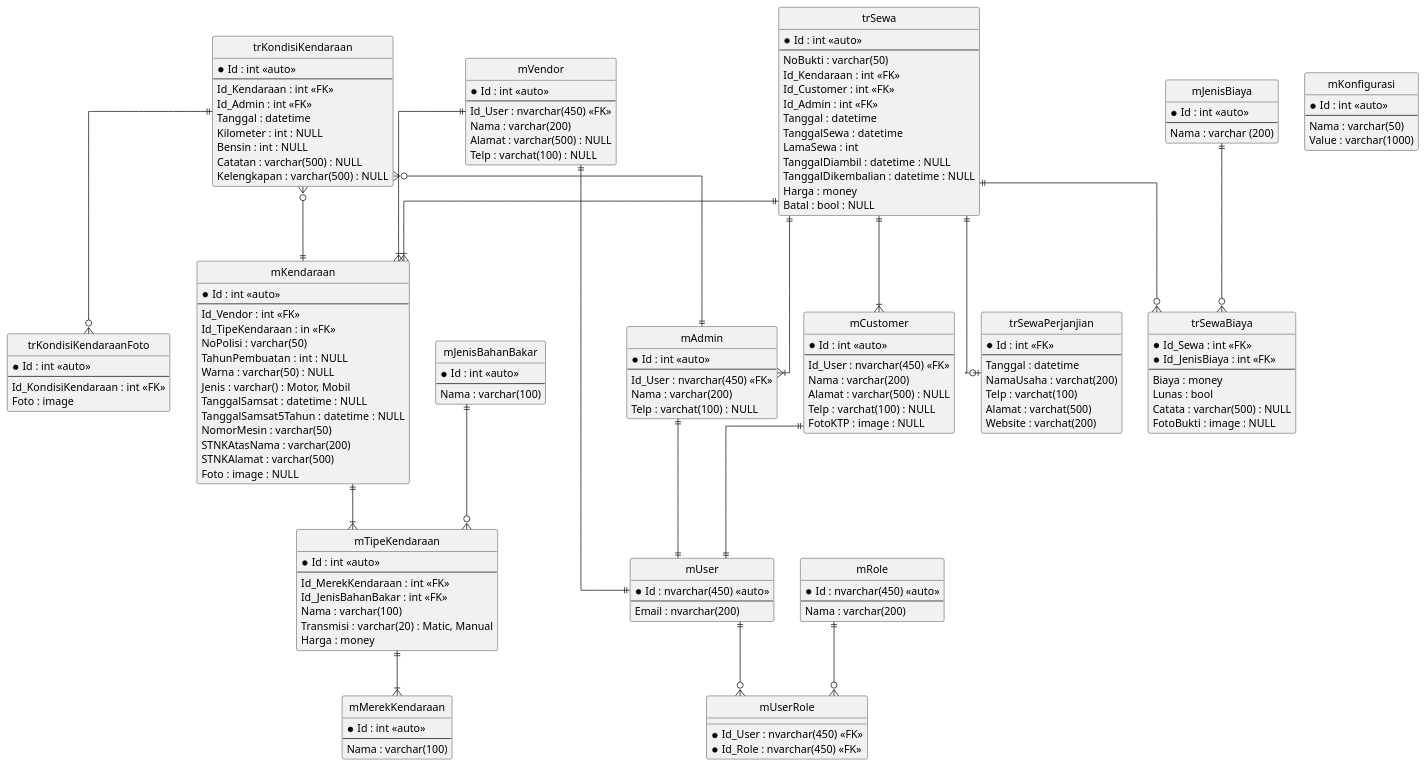
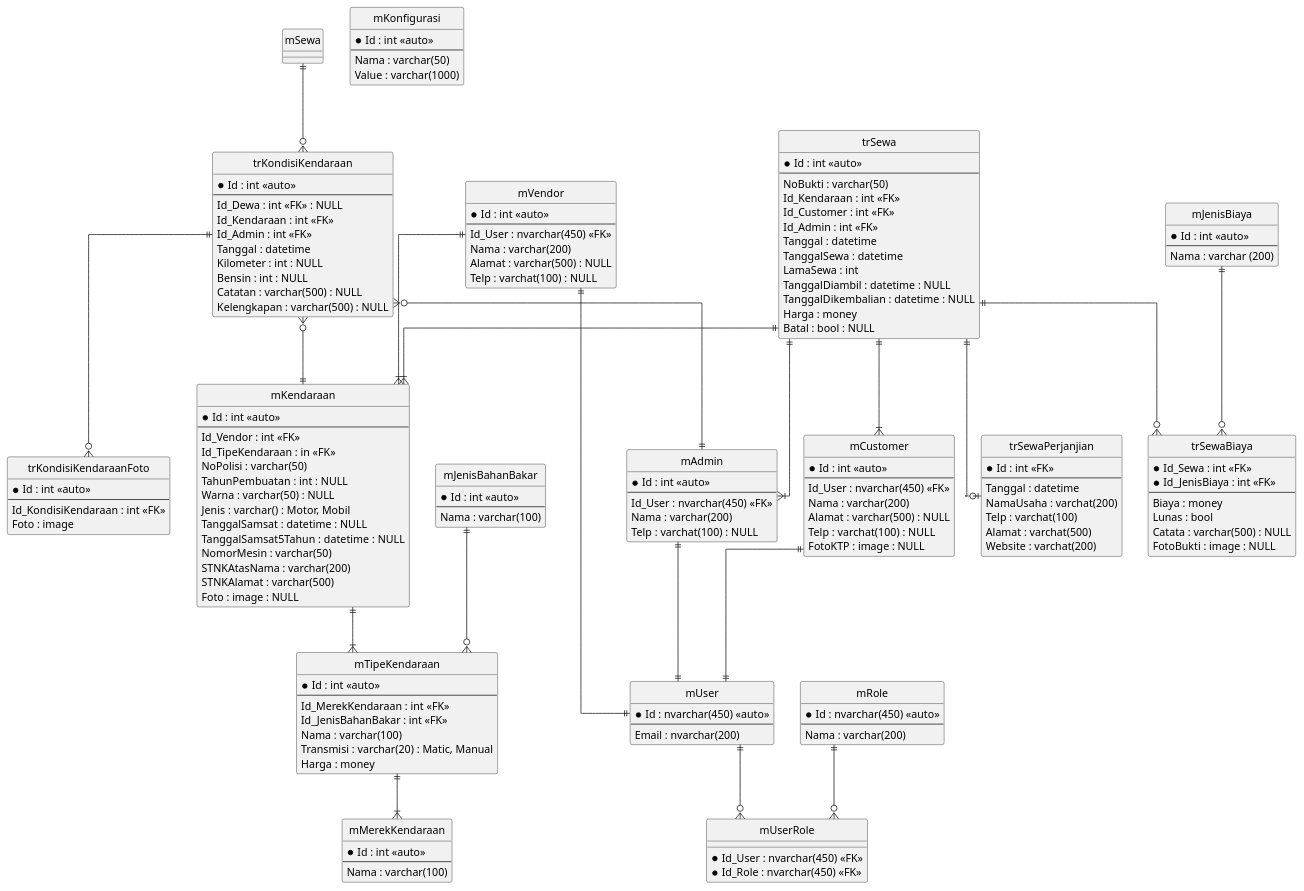
The diagram in diagram/8. erd.pu (debayus/rentcar), drawn with PlantUML before and after one commit. The commit also changed 24 other files, not shown here.

```diff
--- a/diagram/8. erd.pu
+++ b/diagram/8. erd.pu
@@ -1,179 +1,181 @@
 @startuml erd
 
 hide circle
 skinparam linetype ortho
 
 entity "mUser" as mUser {
     *Id : nvarchar(450) <<auto>>
     --
     Email : nvarchar(200)
 }
 
 entity "mRole" as mRole {
     *Id : nvarchar(450) <<auto>>
     --
     Nama : varchar(200)
 }
 
 entity "mUserRole" as mUserRole {
     *Id_User : nvarchar(450) <<FK>>
     *Id_Role : nvarchar(450) <<FK>>
 }
 
 entity "mVendor" as mVendor {
     *Id : int <<auto>>
     --
     Id_User : nvarchar(450) <<FK>>
     Nama : varchar(200)
     Alamat : varchar(500) : NULL
     Telp : varchat(100) : NULL
 }
 
 entity "mAdmin" as mAdmin {
     *Id : int <<auto>>
     --
     Id_User : nvarchar(450) <<FK>>
     Nama : varchar(200)
     Telp : varchat(100) : NULL
 }
 
 entity "mCustomer" as mCustomer {
     *Id : int <<auto>>
     --
     Id_User : nvarchar(450) <<FK>>
     Nama : varchar(200)
     Alamat : varchar(500) : NULL
     Telp : varchat(100) : NULL
     FotoKTP : image : NULL
 }
 
 entity "mMerekKendaraan" as mMerekKendaraan {
     *Id : int <<auto>>
     --
     Nama : varchar(100)
 }
 
 entity "mJenisBahanBakar" as mJenisBahanBakar {
     *Id : int <<auto>>
     --
     Nama : varchar(100)
 }
 
 entity "mTipeKendaraan" as mTipeKendaraan {
     *Id : int <<auto>>
     --
     Id_MerekKendaraan : int <<FK>>
     Id_JenisBahanBakar : int <<FK>>
     Nama : varchar(100)
     Transmisi : varchar(20) : Matic, Manual
     Harga : money
 }
 
 entity "mKendaraan" as mKendaraan {
     *Id : int <<auto>>
     --
     Id_Vendor : int <<FK>>
     Id_TipeKendaraan : in <<FK>> 
     NoPolisi : varchar(50)
     TahunPembuatan : int : NULL
     Warna : varchar(50) : NULL
     Jenis : varchar() : Motor, Mobil
     TanggalSamsat : datetime : NULL
     TanggalSamsat5Tahun : datetime : NULL
     NomorMesin : varchar(50)
     STNKAtasNama : varchar(200)
     STNKAlamat : varchar(500)
     Foto : image : NULL
 }
 
 entity "trKondisiKendaraan" as trKondisiKendaraan {
     *Id : int <<auto>>
     --
+    Id_Dewa : int <<FK>> : NULL
     Id_Kendaraan : int <<FK>>
     Id_Admin : int <<FK>>
     Tanggal : datetime
     Kilometer : int : NULL
     Bensin : int : NULL
     Catatan : varchar(500) : NULL
     Kelengkapan : varchar(500) : NULL
 }
 
 entity "trKondisiKendaraanFoto" as trKondisiKendaraanFoto {
     *Id : int <<auto>>
     --
     Id_KondisiKendaraan : int <<FK>>
     Foto : image
 }
 
 entity "trSewa" as trSewa {
     *Id : int <<auto>>
     --
     NoBukti : varchar(50)
     Id_Kendaraan : int <<FK>>
     Id_Customer : int <<FK>>
     Id_Admin : int <<FK>>
     Tanggal : datetime
     TanggalSewa : datetime
     LamaSewa : int
     TanggalDiambil : datetime : NULL
     TanggalDikembalian : datetime : NULL
     Harga : money
     Batal : bool : NULL
 }
 
 entity "trSewaPerjanjian" as trSewaPerjanjian {
     *Id : int <<FK>>
     --
     Tanggal : datetime
     NamaUsaha : varchat(200)
     Telp : varchat(100)
     Alamat : varchat(500)
     Website : varchat(200)
 }
 
 entity "trSewaBiaya" as trSewaBiaya {
     *Id_Sewa : int <<FK>>
     *Id_JenisBiaya : int <<FK>>
     --
     Biaya : money
     Lunas : bool
     Catata : varchar(500) : NULL
     FotoBukti : image : NULL
 }
 
 entity "mJenisBiaya" as mJenisBiaya {
     *Id : int <<auto>>
     --
     Nama : varchar (200)
 }
 
 entity "mKonfigurasi" as mKonfigurasi {
     *Id : int <<auto>>
     --
     Nama : varchar(50)
     Value : varchar(1000)
 }
 
 mUser ||--o{ mUserRole
 mRole ||--o{ mUserRole
 mVendor ||--|| mUser
 mAdmin ||--|| mUser
 mCustomer ||--|| mUser
 mVendor ||--|{ mKendaraan
+mSewa ||--o{ trKondisiKendaraan
 
 trKondisiKendaraan }o--|| mKendaraan
 trKondisiKendaraan }o--|| mAdmin
 trKondisiKendaraan ||--o{ trKondisiKendaraanFoto
 
 trSewa ||--|{ mKendaraan
 trSewa ||--|{ mCustomer
 trSewa ||--|{ mAdmin
 trSewa ||--o| trSewaPerjanjian
 trSewa ||--o{ trSewaBiaya
 mJenisBiaya ||--o{ trSewaBiaya
 mJenisBahanBakar ||--o{ mTipeKendaraan
 
 mKendaraan ||--|{ mTipeKendaraan
 mTipeKendaraan ||--|{ mMerekKendaraan
 
 @enduml
```
